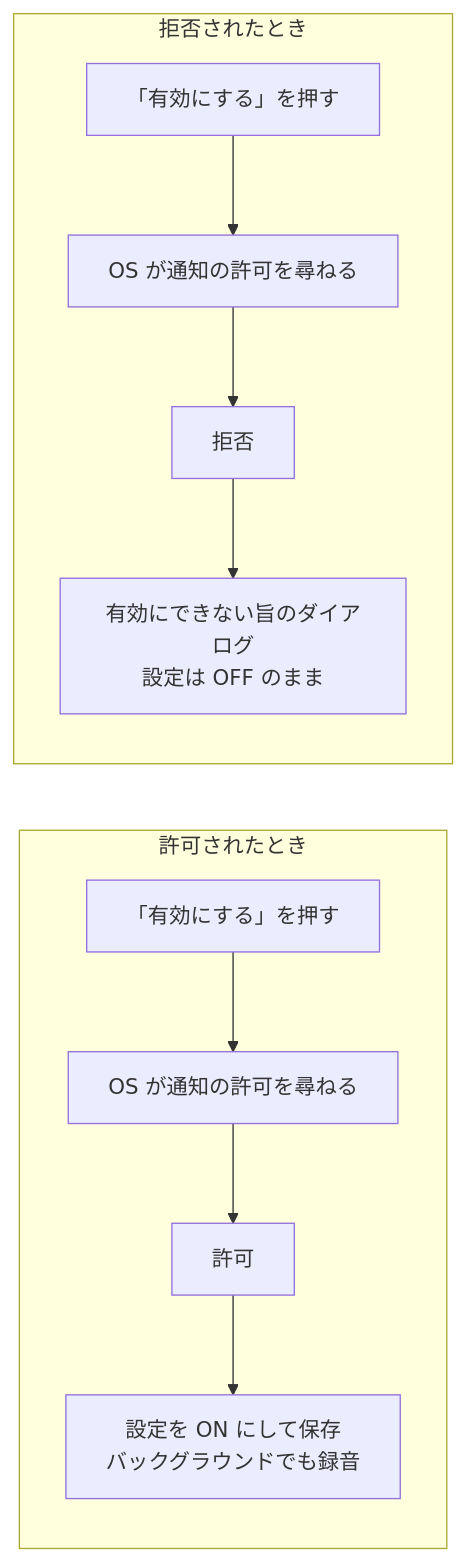
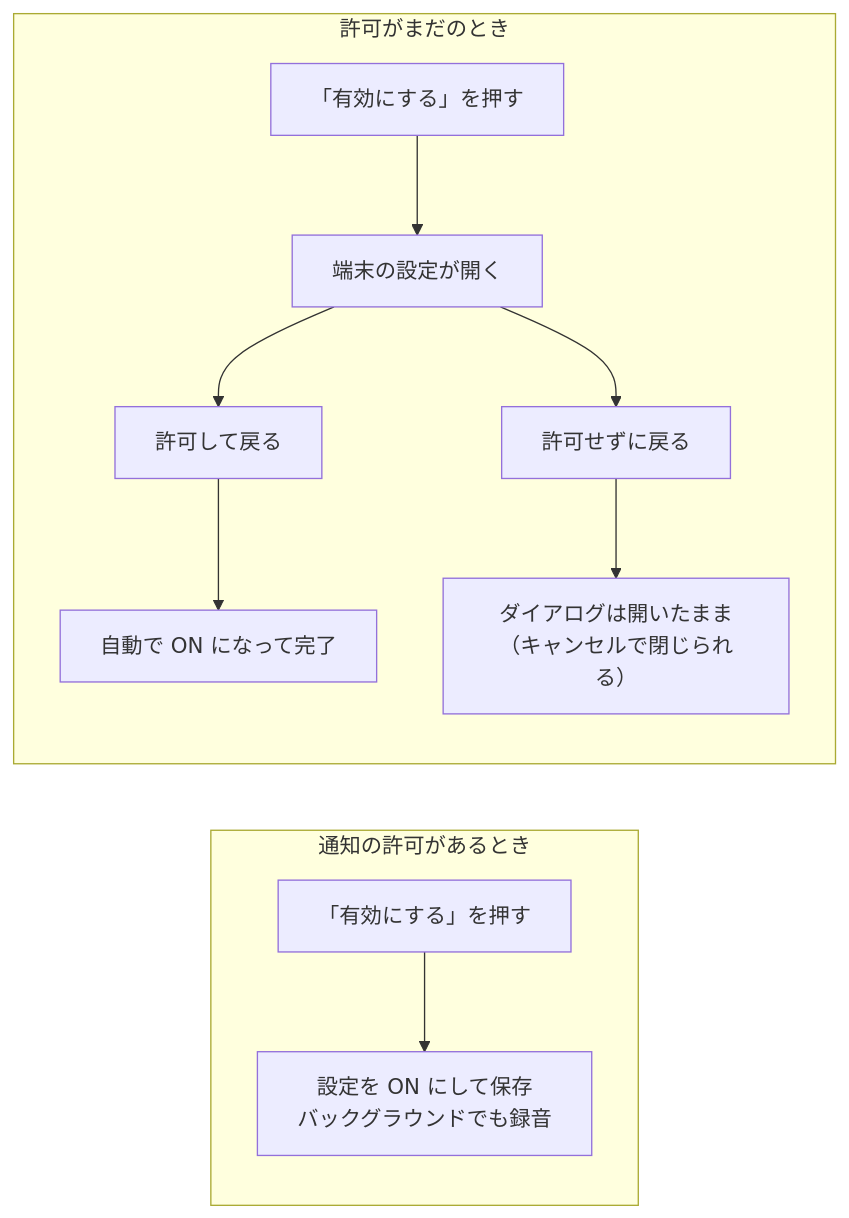
Before and after one commit to NobuyukiMorii/momeo: the diagram in notes/background_recording/impl/phase1/step03_notification_permission_gate.md, drawn with Mermaid. The commit also changed other lines of this file and 4 other files, not shown here.

````diff
--- a/notes/background_recording/impl/phase1/step03_notification_permission_gate.md
+++ b/notes/background_recording/impl/phase1/step03_notification_permission_gate.md
@@ -29,9 +29,10 @@
 ```mermaid
 flowchart LR
-    subgraph ok["許可されたとき"]
-        a1["「有効にする」を押す"] --> a2["OS が通知の許可を尋ねる"] --> a3[許可] --> a4["設定を ON にして保存<br/>バックグラウンドでも録音"]
+    subgraph granted["通知の許可があるとき"]
+        a1["「有効にする」を押す"] --> a2["設定を ON にして保存<br/>バックグラウンドでも録音"]
     end
-    subgraph ng["拒否されたとき"]
-        b1["「有効にする」を押す"] --> b2["OS が通知の許可を尋ねる"] --> b3[拒否] --> b4["有効にできない旨のダイアログ<br/>設定は OFF のまま"]
+    subgraph missing["許可がまだのとき"]
+        b1["「有効にする」を押す"] --> b2["端末の設定が開く"] --> b3["許可して戻る"] --> b4["自動で ON になって完了"]
+        b2 --> b5["許可せずに戻る"] --> b6["ダイアログは開いたまま<br/>（キャンセルで閉じられる）"]
     end
 ```
````
